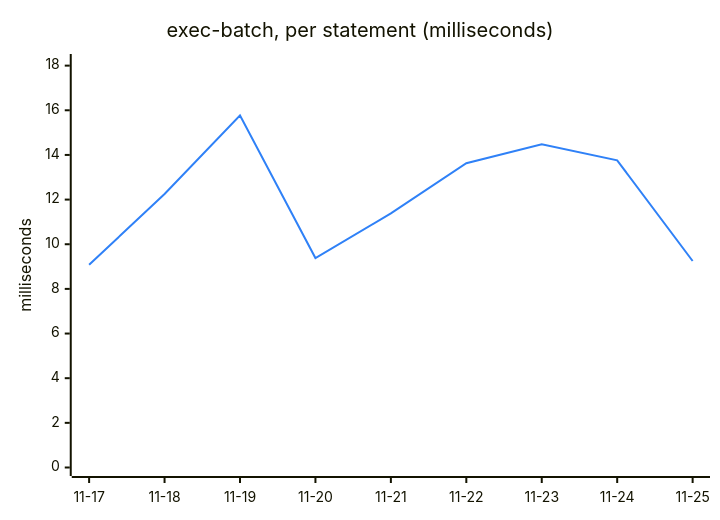
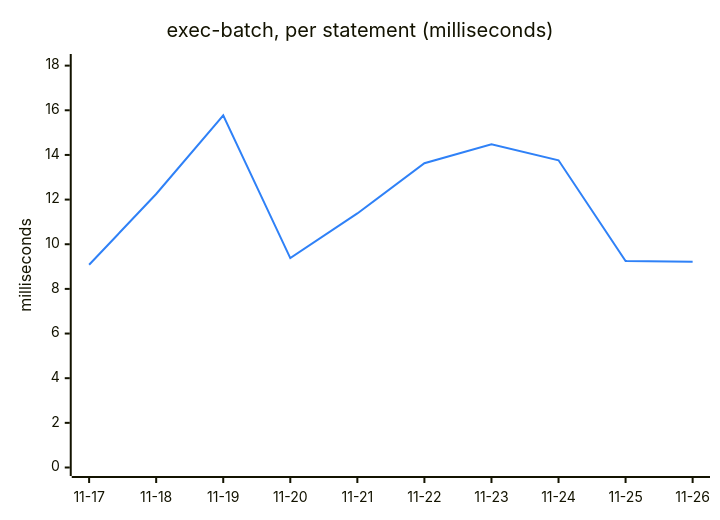
Before and after one commit to Ricovl/mxcli: the fifth of 6 diagrams in TREND.md, drawn with Mermaid. The commit also changed other lines of this file and 2 other files, not shown here.

````diff
--- a/TREND.md
+++ b/TREND.md
@@ -111,13 +111,13 @@
 ```mermaid
 ---
 config:
   themeVariables:
     xyChart:
       plotColorPalette: "#2f81f7"
 ---
 xychart-beta
     title "exec-batch, per statement (milliseconds)"
-    x-axis ["11-17", "11-18", "11-19", "11-20", "11-21", "11-22", "11-23", "11-24", "11-25"]
+    x-axis ["11-17", "11-18", "11-19", "11-20", "11-21", "11-22", "11-23", "11-24", "11-25", "11-26"]
     y-axis "milliseconds" 0 --> 18.14
-    line [9.08, 12.25, 15.77, 9.38, 11.38, 13.63, 14.48, 13.76, 9.25]
+    line [9.08, 12.25, 15.77, 9.38, 11.38, 13.63, 14.48, 13.76, 9.25, 9.22]
 ```
````
